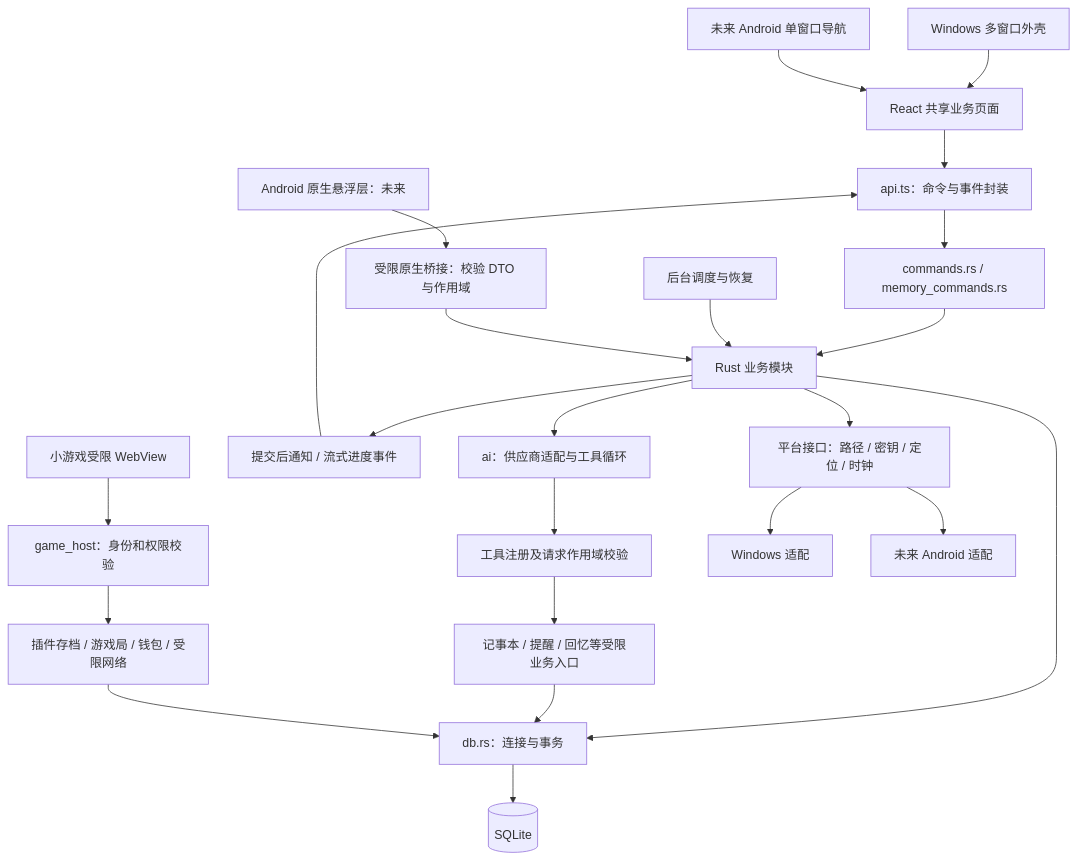
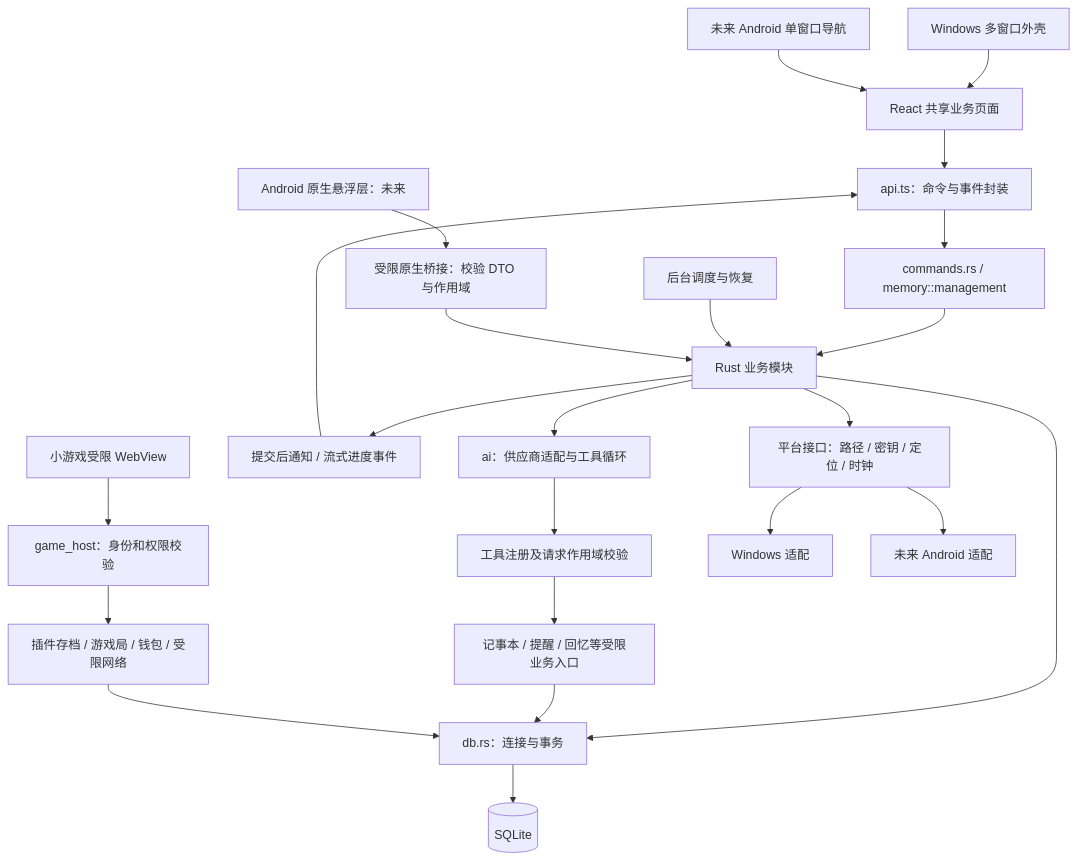
The diagram in docs/项目架构与代码职责.md (xianyvqiu/yanmew), drawn with Mermaid before and after one commit. The commit also changed other lines of this file and 90 other files, not shown here.

````diff
--- a/docs/项目架构与代码职责.md
+++ b/docs/项目架构与代码职责.md
@@ -24,25 +24,25 @@
 ```mermaid
 flowchart TD
     DESKTOP[Windows 多窗口外壳] --> UI[React 共享业务页面]
     MOBILE[未来 Android 单窗口导航] --> UI
     UI --> API[api.ts：命令与事件封装]
-    API --> CMD[commands.rs / memory_commands.rs]
+    API --> CMD[commands.rs / memory::management]
     CMD --> BIZ[Rust 业务模块]
     TIMER[后台调度与恢复] --> BIZ
     BIZ --> AI[ai：供应商适配与工具循环]
     AI --> TOOLS[工具注册及请求作用域校验]
     TOOLS --> SERVICES[记事本 / 提醒 / 回忆等受限业务入口]
     BIZ --> DB[db.rs：连接与事务]
     SERVICES --> DB
     DB --> SQLITE[(SQLite)]
     BIZ --> EVENTS[提交后通知 / 流式进度事件]
     EVENTS --> API
     PLUGIN[小游戏受限 WebView] --> HOST[game_host：身份和权限校验]
     HOST --> GAME[插件存档 / 游戏局 / 钱包 / 受限网络]
     GAME --> DB
     BIZ --> PORTS[平台接口：路径 / 密钥 / 定位 / 时钟]
     PORTS --> WIN[Windows 适配]
     PORTS --> ANDROID[未来 Android 适配]
     NATIVE[Android 原生悬浮层：未来] --> BRIDGE[受限原生桥接：校验 DTO 与作用域]
     BRIDGE --> BIZ
 ```
````
